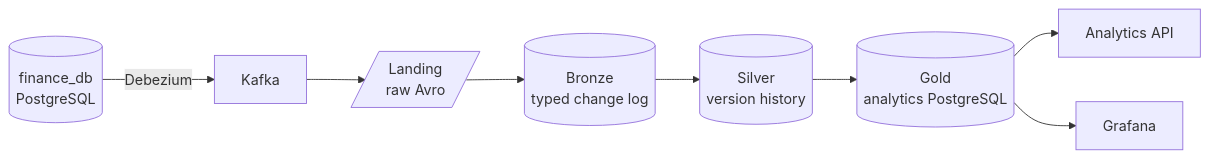
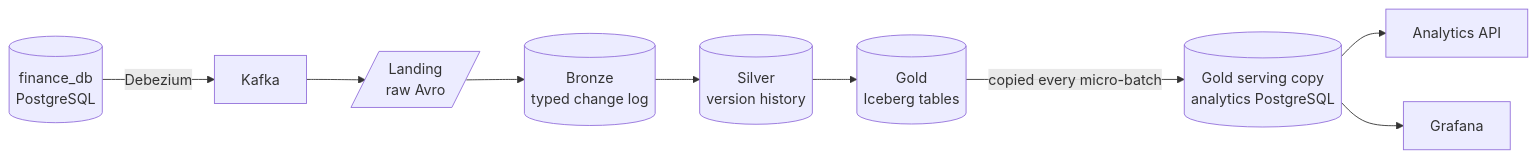
Before and after one commit to jonathan5p/deel-home-task: the diagram in README.md, drawn with Mermaid. The commit also changed other lines of this file and 2 other files, not shown here.

Commit message:
docs: update the README, docs home and code layout for gold on Iceberg

````diff
--- a/README.md
+++ b/README.md
@@ -24,8 +24,9 @@
 ```mermaid
 flowchart LR
     source[("finance_db<br/>PostgreSQL")] -->|Debezium| kafka[Kafka]
     kafka --> landing[/"Landing<br/>raw Avro"/] --> bronze[("Bronze<br/>typed change log")] --> silver[("Silver<br/>version history")]
-    silver --> gold[("Gold<br/>analytics PostgreSQL")]
+    silver --> lakegold[("Gold<br/>Iceberg tables")]
+    lakegold -->|copied every micro-batch| gold[("Gold serving copy<br/>analytics PostgreSQL")]
     gold --> api[Analytics API]
     gold --> grafana[Grafana]
 ```
````
